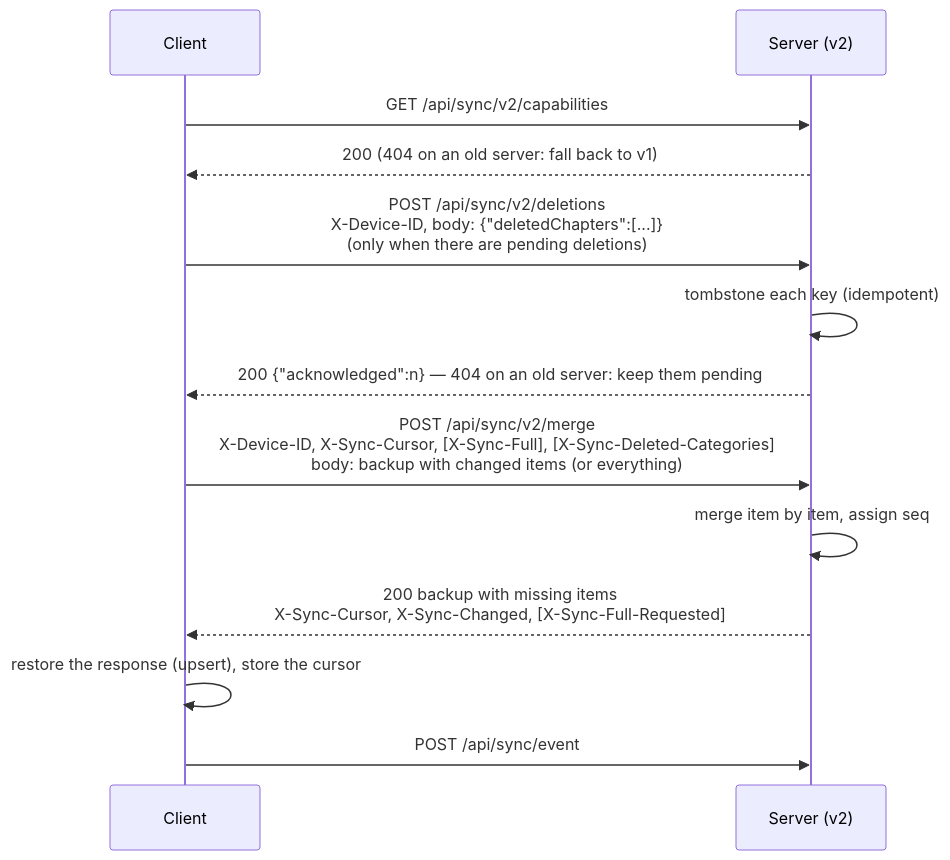
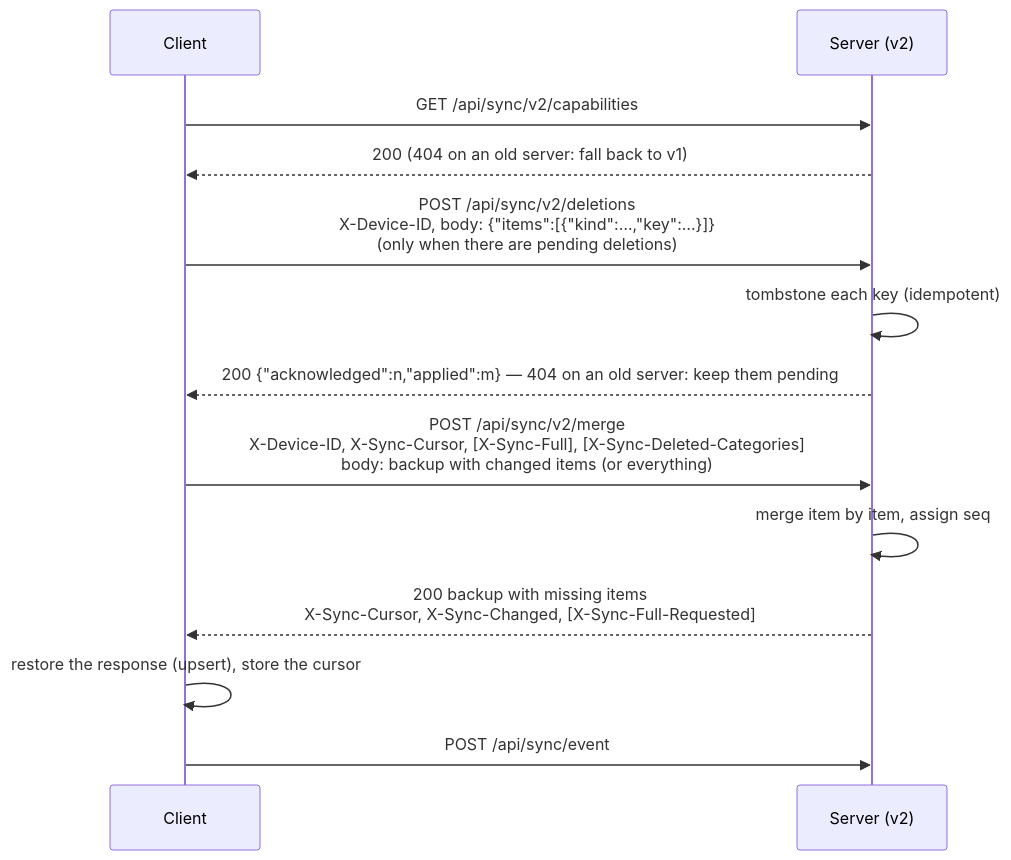
Before and after one commit to syncyomi/syncyomi: the second of 3 diagrams in docs/sync-protocol-v2.md, drawn with Mermaid. The commit also changed other lines of this file and 15 other files, not shown here.

````diff
--- a/docs/sync-protocol-v2.md
+++ b/docs/sync-protocol-v2.md
@@ -34,15 +34,15 @@
 ```mermaid
 sequenceDiagram
     participant C as Client
     participant S as Server (v2)
     C->>S: GET /api/sync/v2/capabilities
     S-->>C: 200 (404 on an old server: fall back to v1)
-    C->>S: POST /api/sync/v2/deletions<br/>X-Device-ID, body: {"deletedChapters":[...]}<br/>(only when there are pending deletions)
+    C->>S: POST /api/sync/v2/deletions<br/>X-Device-ID, body: {"items":[{"kind":…,"key":…}]}<br/>(only when there are pending deletions)
     S->>S: tombstone each key (idempotent)
-    S-->>C: 200 {"acknowledged":n} — 404 on an old server: keep them pending
+    S-->>C: 200 {"acknowledged":n,"applied":m} — 404 on an old server: keep them pending
     C->>S: POST /api/sync/v2/merge<br/>X-Device-ID, X-Sync-Cursor, [X-Sync-Full], [X-Sync-Deleted-Categories]<br/>body: backup with changed items (or everything)
     S->>S: merge item by item, assign seq
     S-->>C: 200 backup with missing items<br/>X-Sync-Cursor, X-Sync-Changed, [X-Sync-Full-Requested]
     C->>C: restore the response (upsert), store the cursor
     C->>S: POST /api/sync/event
 ```
````
